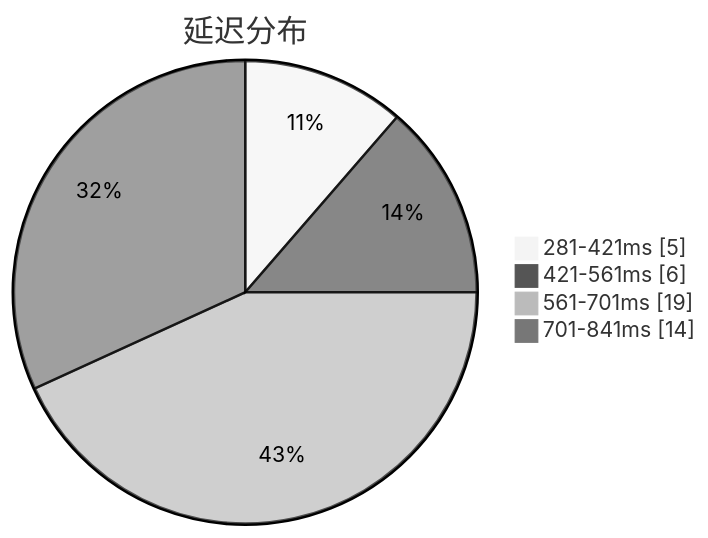
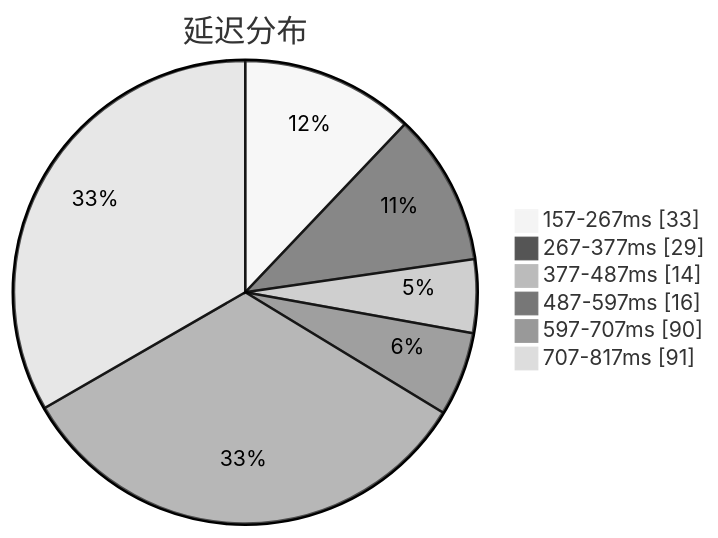
One commit to qjlxg/airport changed the first of 3 diagrams in subs/statistics/tested_within.md. Above: the diagram before and after it, drawn with Mermaid (neutral theme). The commit also changed other lines of this file and 2 other files, not shown here.

````diff
--- a/subs/statistics/tested_within.md
+++ b/subs/statistics/tested_within.md
@@ -2,8 +2,10 @@
 ```mermaid
 pie showData
 title 延迟分布
-"281-421ms" : 5
-"421-561ms" : 6
-"561-701ms" : 19
-"701-841ms" : 14
+"157-267ms" : 33
+"267-377ms" : 29
+"377-487ms" : 14
+"487-597ms" : 16
+"597-707ms" : 90
+"707-817ms" : 91
 ```
````
